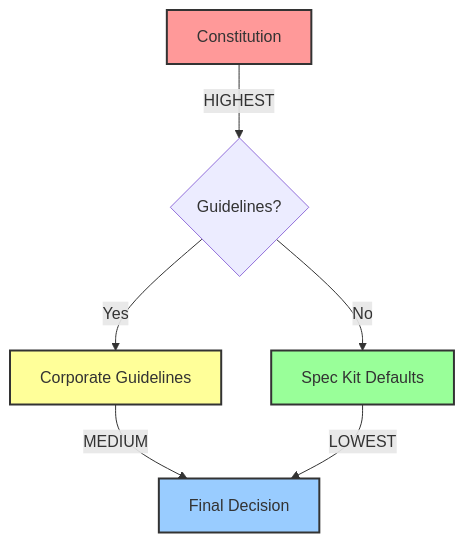
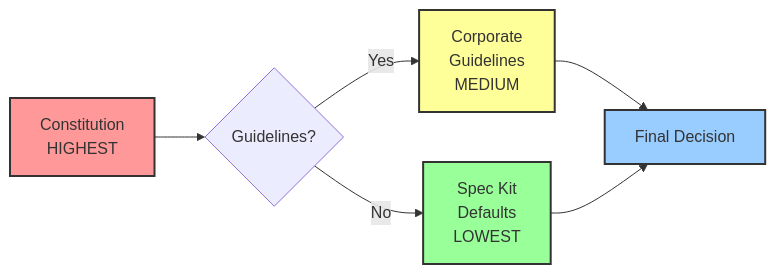
Before and after one commit to veerabhadra-ponna/spec-kit-smart: the third of 3 diagrams in README.md, drawn with Mermaid. The commit also changed other lines of this file and 4 other files, not shown here.

````diff
--- a/README.md
+++ b/README.md
@@ -1339,13 +978,13 @@
 ```mermaid
-graph TD
-    A[Constitution] --> | HIGHEST | B{Guidelines?}
-    B --> | Yes | C[Corporate Guidelines]
-    B --> | No | D[Spec Kit Defaults]
-    C --> | MEDIUM | E[Final Decision]
-    D --> | LOWEST | E
+graph LR
+    A[Constitution<br/>HIGHEST] --> B{Guidelines?}
+    B -->|Yes| C[Corporate<br/>Guidelines<br/>MEDIUM]
+    B -->|No| D[Spec Kit<br/>Defaults<br/>LOWEST]
+    C --> E[Final Decision]
+    D --> E
 
     style A fill:#ff9999,stroke:#333,stroke-width:2px
     style C fill:#ffff99,stroke:#333,stroke-width:2px
     style D fill:#99ff99,stroke:#333,stroke-width:2px
     style E fill:#99ccff,stroke:#333,stroke-width:2px
 ```
````
